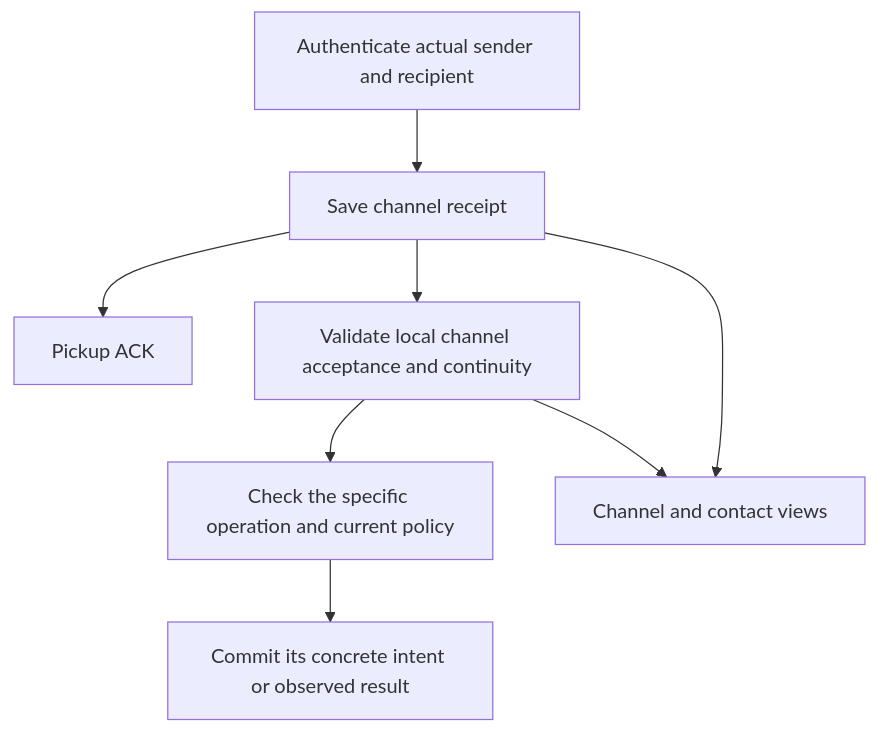
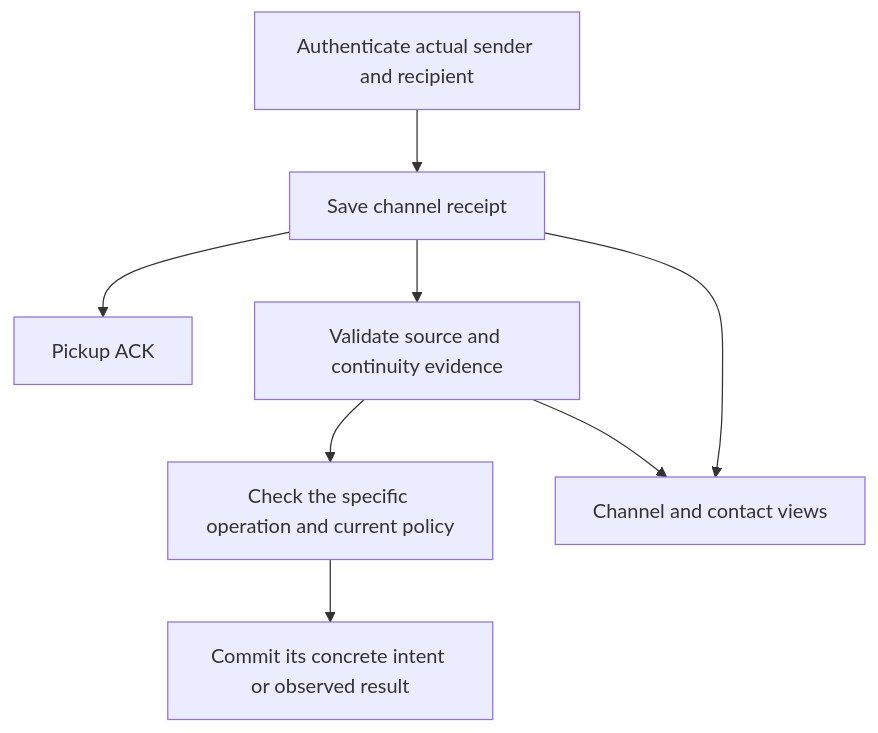
The first of 2 diagrams in docs/replica-model/channels.md (estoc-net/estoc), drawn with Mermaid before and after one commit. The commit also changed other lines of this file and 5 other files, not shown here.

Commit message:
docs: decouple automatic output and rotation from channel acceptance

````diff
--- a/docs/replica-model/channels.md
+++ b/docs/replica-model/channels.md
@@ -33,10 +33,10 @@
 ```mermaid
 flowchart TD
     A[Authenticate actual sender and recipient] --> B[Save channel receipt]
     B --> C[Pickup ACK]
-    B --> D[Validate local channel acceptance and continuity]
+    B --> D[Validate source and continuity evidence]
     D --> E[Check the specific operation and current policy]
     E --> F[Commit its concrete intent or observed result]
     B --> G[Channel and contact views]
     D --> G
 ```
````
